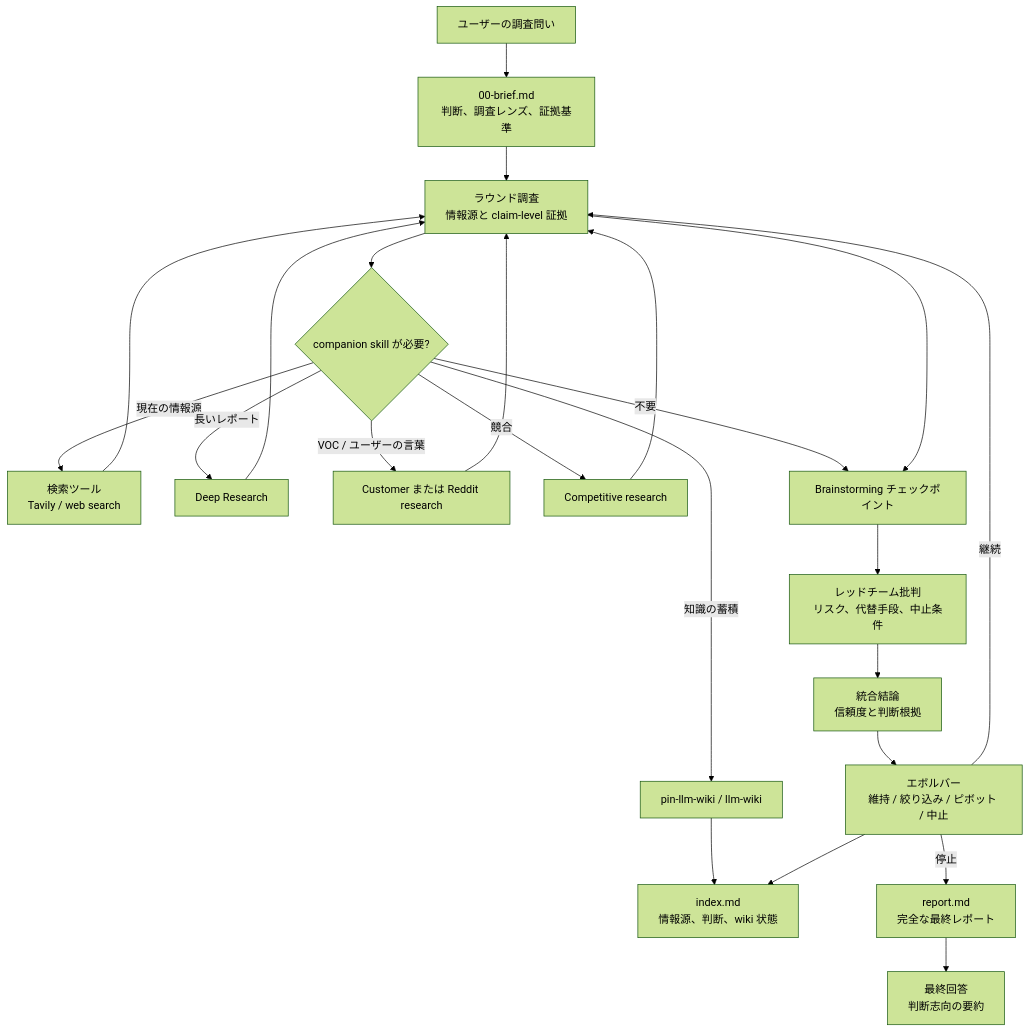
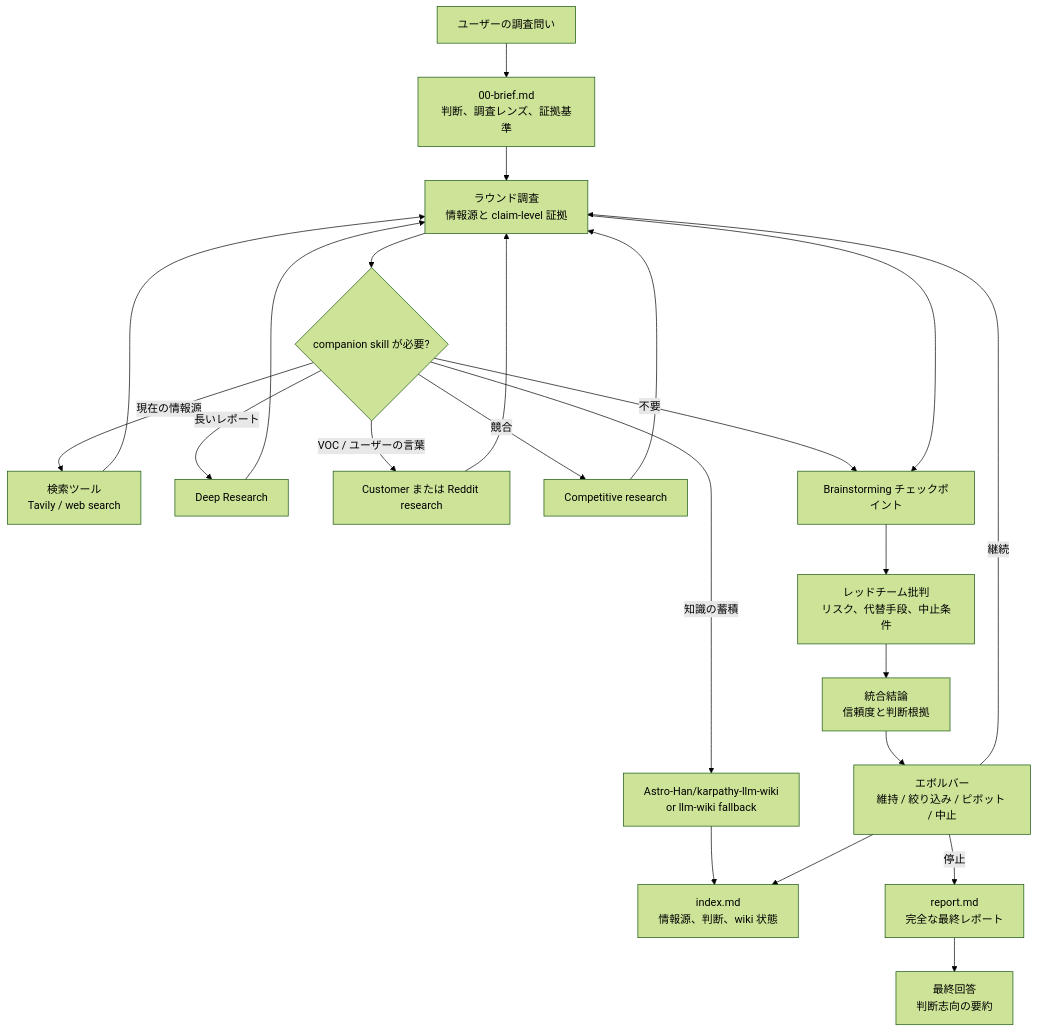
One commit to GoatGit/super-survey changed the diagram in README.ja.md. Above: the diagram before and after it, drawn with Mermaid (forest theme). The commit also changed other lines of this file and 3 other files, not shown here.

Commit message:
Update LLM wiki companion routing

````diff
--- a/README.ja.md
+++ b/README.ja.md
@@ -110,25 +110,25 @@
 ```mermaid
 flowchart TD
     A[ユーザーの調査問い] --> B[00-brief.md<br/>判断、調査レンズ、証拠基準]
     B --> C[ラウンド調査<br/>情報源と claim-level 証拠]
     C --> D{companion skill が必要?}
     D -->|現在の情報源| D1[検索ツール<br/>Tavily / web search]
     D -->|長いレポート| D2[Deep Research]
     D -->|VOC / ユーザーの言葉| D3[Customer または Reddit research]
     D -->|競合| D4[Competitive research]
-    D -->|知識の蓄積| D5[pin-llm-wiki / llm-wiki]
+    D -->|知識の蓄積| D5[Astro-Han/karpathy-llm-wiki<br/>or llm-wiki fallback]
     D -->|不要| E[Brainstorming チェックポイント]
     D1 --> C
     D2 --> C
     D3 --> C
     D4 --> C
     D5 --> I[index.md]
     C --> E[Brainstorming チェックポイント]
     E --> F[レッドチーム批判<br/>リスク、代替手段、中止条件]
     F --> G[統合結論<br/>信頼度と判断根拠]
     G --> H[エボルバー<br/>維持 / 絞り込み / ピボット / 中止]
     H --> I[index.md<br/>情報源、判断、wiki 状態]
     H -->|継続| C
     H -->|停止| J[report.md<br/>完全な最終レポート]
     J --> K[最終回答<br/>判断志向の要約]
 ```
````
